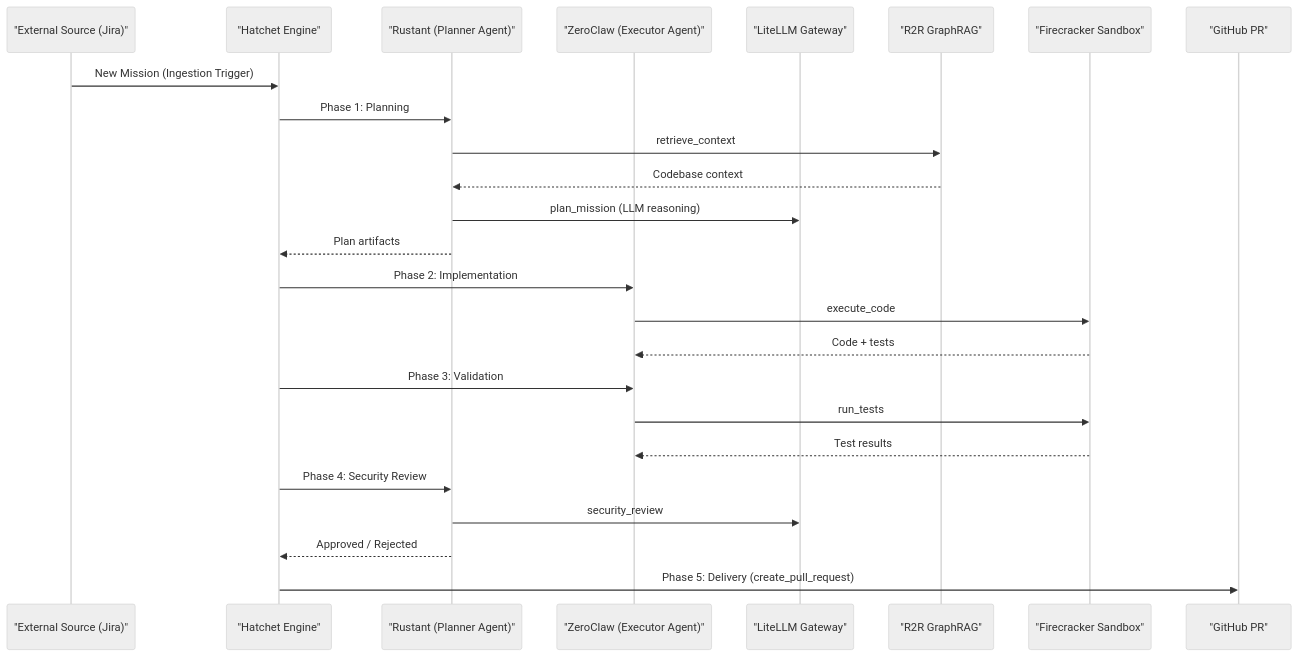
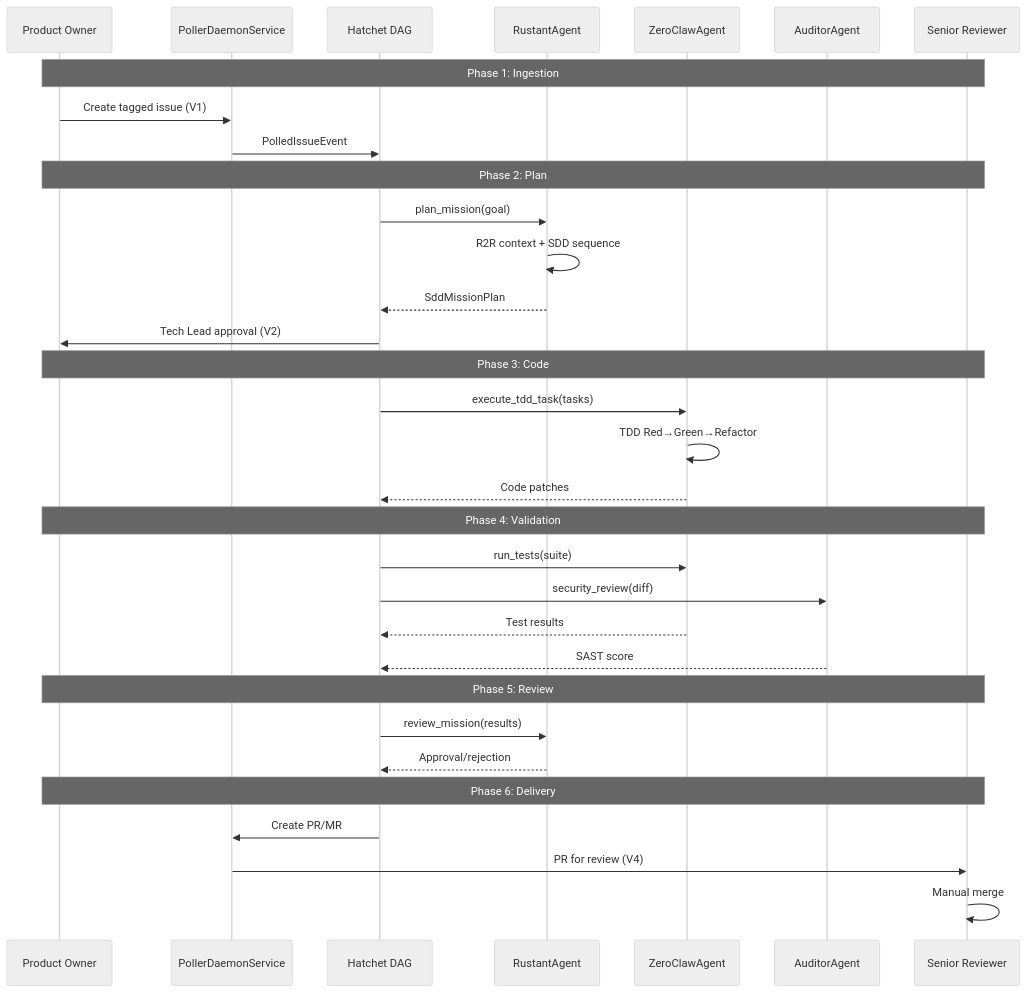
The diagram in wiki/EXPERIMENT-LIFECYCLE.md (lgcorzo/rust_CACD_autonomous_factory), drawn with Mermaid (neutral theme) before and after one commit. The commit also changed other lines of this file and 78 other files, not shown here.

First line of the commit message:
docs(wiki): implement professional wiki documentation suite (102/102 tasks)

````diff
--- a/wiki/EXPERIMENT-LIFECYCLE.md
+++ b/wiki/EXPERIMENT-LIFECYCLE.md
@@ -11,28 +9,40 @@
 ```mermaid
 sequenceDiagram
-    participant Ext as "External Source (Jira)"
-    participant Hatchet as "Hatchet Engine"
-    participant RU as "Rustant (Planner Agent)"
-    participant ZC as "ZeroClaw (Executor Agent)"
-    participant LLM as "LiteLLM Gateway"
-    participant R2R as "R2R GraphRAG"
-    participant Sandbox as "Firecracker Sandbox"
-    participant GH as "GitHub PR"
+    participant PO as Product Owner
+    participant Poller as PollerDaemonService
+    participant Hatchet as Hatchet DAG
+    participant Rustant as RustantAgent
+    participant ZeroClaw as ZeroClawAgent
+    participant Auditor as AuditorAgent
+    participant Reviewer as Senior Reviewer
 
-    Ext->>Hatchet: New Mission (Ingestion Trigger)
-    Hatchet->>RU: Phase 1: Planning
-    RU->>R2R: retrieve_context
-    R2R-->>RU: Codebase context
-    RU->>LLM: plan_mission (LLM reasoning)
-    RU-->>Hatchet: Plan artifacts
-    Hatchet->>ZC: Phase 2: Implementation
-    ZC->>Sandbox: execute_code
-    Sandbox-->>ZC: Code + tests
-    Hatchet->>ZC: Phase 3: Validation
-    ZC->>Sandbox: run_tests
-    Sandbox-->>ZC: Test results
-    Hatchet->>RU: Phase 4: Security Review
-    RU->>LLM: security_review
-    RU-->>Hatchet: Approved / Rejected
-    Hatchet->>GH: Phase 5: Delivery (create_pull_request)
+    Note over PO,Reviewer: Phase 1: Ingestion
+    PO->>Poller: Create tagged issue (V1)
+    Poller->>Hatchet: PolledIssueEvent
+
+    Note over PO,Reviewer: Phase 2: Plan
+    Hatchet->>Rustant: plan_mission(goal)
+    Rustant->>Rustant: R2R context + SDD sequence
+    Rustant-->>Hatchet: SddMissionPlan
+    Hatchet->>PO: Tech Lead approval (V2)
+
+    Note over PO,Reviewer: Phase 3: Code
+    Hatchet->>ZeroClaw: execute_tdd_task(tasks)
+    ZeroClaw->>ZeroClaw: TDD Red→Green→Refactor
+    ZeroClaw-->>Hatchet: Code patches
+
+    Note over PO,Reviewer: Phase 4: Validation
+    Hatchet->>ZeroClaw: run_tests(suite)
+    Hatchet->>Auditor: security_review(diff)
+    ZeroClaw-->>Hatchet: Test results
+    Auditor-->>Hatchet: SAST score
+
+    Note over PO,Reviewer: Phase 5: Review
+    Hatchet->>Rustant: review_mission(results)
+    Rustant-->>Hatchet: Approval/rejection
+
+    Note over PO,Reviewer: Phase 6: Delivery
+    Hatchet->>Poller: Create PR/MR
+    Poller->>Reviewer: PR for review (V4)
+    Reviewer->>Reviewer: Manual merge
 ```
````
